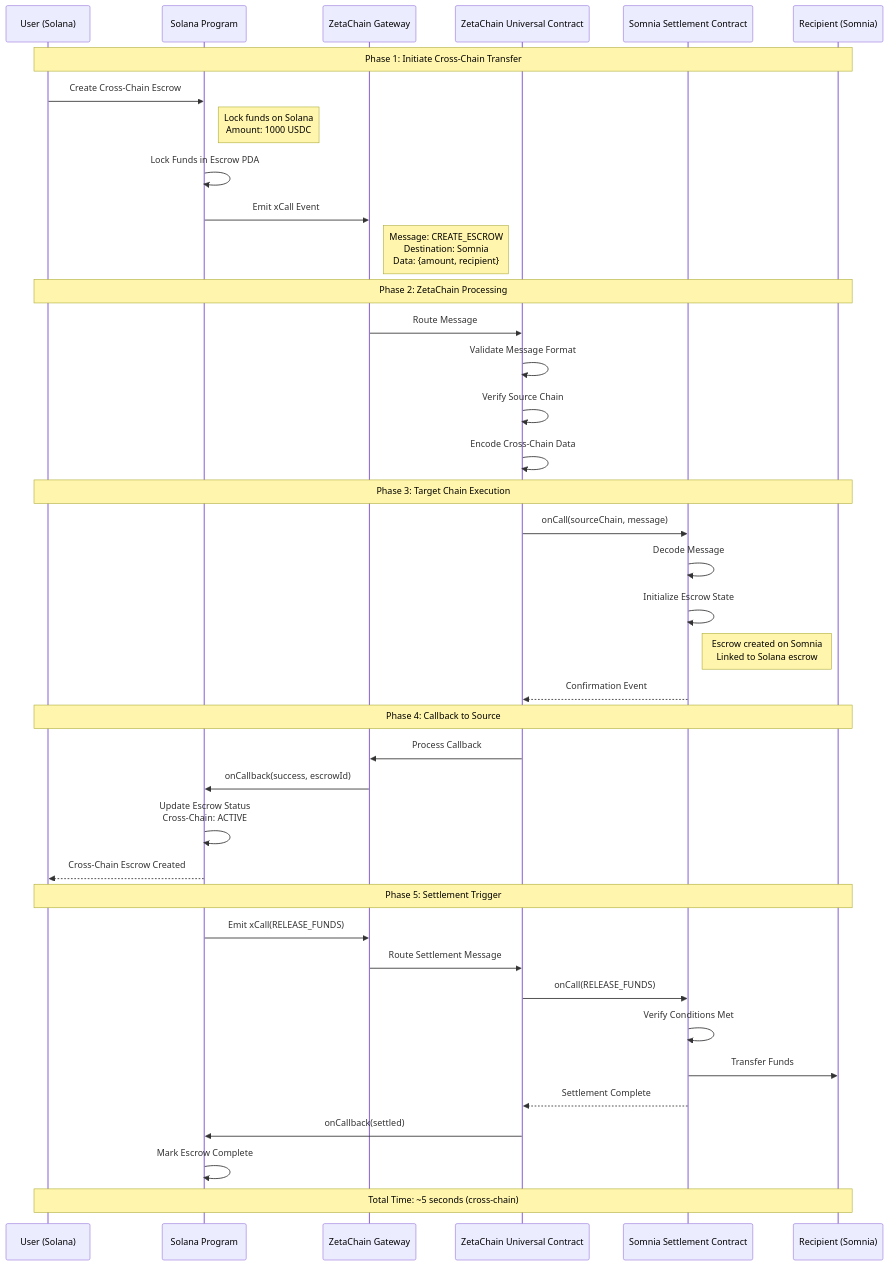
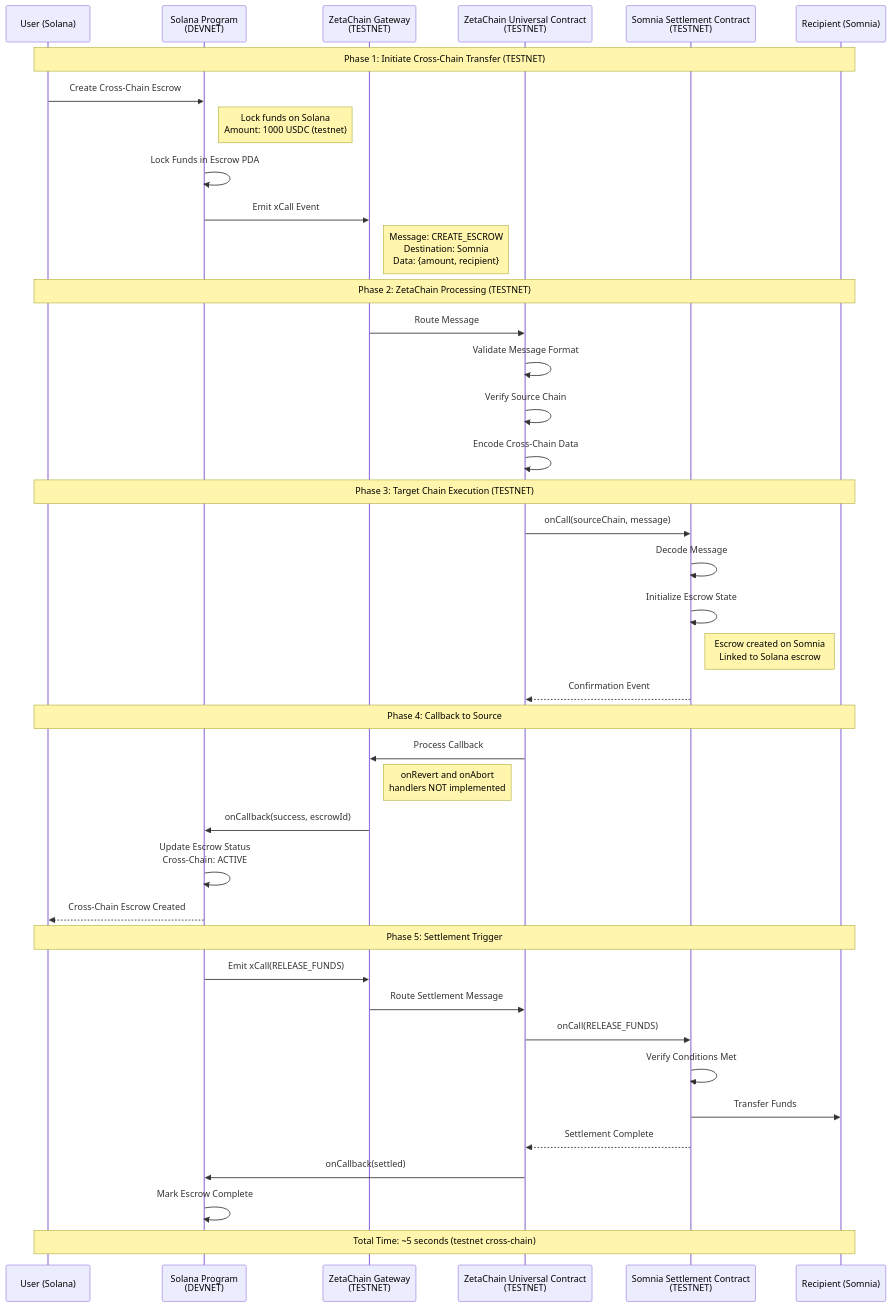
The fifth of 8 diagrams in diagrams/sequence-diagrams.md (De-real-iManuel/aetherlock-docs), drawn with Mermaid before and after one commit. The commit also changed other lines of this file and 144 other files, not shown here.

````diff
--- a/diagrams/sequence-diagrams.md
+++ b/diagrams/sequence-diagrams.md
@@ -114,47 +272,48 @@
 ```mermaid
 sequenceDiagram
     participant User as User (Solana)
-    participant Solana as Solana Program
-    participant ZetaGW as ZetaChain Gateway
-    participant ZetaContract as ZetaChain Universal Contract
-    participant Somnia as Somnia Settlement Contract
+    participant Solana as Solana Program<br/>(DEVNET)
+    participant ZetaGW as ZetaChain Gateway<br/>(TESTNET)
+    participant ZetaContract as ZetaChain Universal Contract<br/>(TESTNET)
+    participant Somnia as Somnia Settlement Contract<br/>(TESTNET)
     participant Recipient as Recipient (Somnia)
     
-    Note over User,Recipient: Phase 1: Initiate Cross-Chain Transfer
+    Note over User,Recipient: Phase 1: Initiate Cross-Chain Transfer (TESTNET)
     User->>Solana: Create Cross-Chain Escrow
-    Note right of Solana: Lock funds on Solana<br/>Amount: 1000 USDC
+    Note right of Solana: Lock funds on Solana<br/>Amount: 1000 USDC (testnet)
     Solana->>Solana: Lock Funds in Escrow PDA
     Solana->>ZetaGW: Emit xCall Event
     Note right of ZetaGW: Message: CREATE_ESCROW<br/>Destination: Somnia<br/>Data: {amount, recipient}
     
-    Note over User,Recipient: Phase 2: ZetaChain Processing
+    Note over User,Recipient: Phase 2: ZetaChain Processing (TESTNET)
     ZetaGW->>ZetaContract: Route Message
     ZetaContract->>ZetaContract: Validate Message Format
     ZetaContract->>ZetaContract: Verify Source Chain
     ZetaContract->>ZetaContract: Encode Cross-Chain Data
     
-    Note over User,Recipient: Phase 3: Target Chain Execution
+    Note over User,Recipient: Phase 3: Target Chain Execution (TESTNET)
     ZetaContract->>Somnia: onCall(sourceChain, message)
     Somnia->>Somnia: Decode Message
     Somnia->>Somnia: Initialize Escrow State
     Note right of Somnia: Escrow created on Somnia<br/>Linked to Solana escrow
     Somnia-->>ZetaContract: Confirmation Event
     
     Note over User,Recipient: Phase 4: Callback to Source
     ZetaContract->>ZetaGW: Process Callback
+    Note right of ZetaGW: onRevert and onAbort<br/>handlers NOT implemented
     ZetaGW->>Solana: onCallback(success, escrowId)
     Solana->>Solana: Update Escrow Status<br/>Cross-Chain: ACTIVE
     Solana-->>User: Cross-Chain Escrow Created
     
     Note over User,Recipient: Phase 5: Settlement Trigger
     Solana->>ZetaGW: Emit xCall(RELEASE_FUNDS)
     ZetaGW->>ZetaContract: Route Settlement Message
     ZetaContract->>Somnia: onCall(RELEASE_FUNDS)
     Somnia->>Somnia: Verify Conditions Met
     Somnia->>Recipient: Transfer Funds
     Somnia-->>ZetaContract: Settlement Complete
     ZetaContract->>Solana: onCallback(settled)
     Solana->>Solana: Mark Escrow Complete
     
-    Note over User,Recipient: Total Time: ~5 seconds (cross-chain)
+    Note over User,Recipient: Total Time: ~5 seconds (testnet cross-chain)
 ```
````
